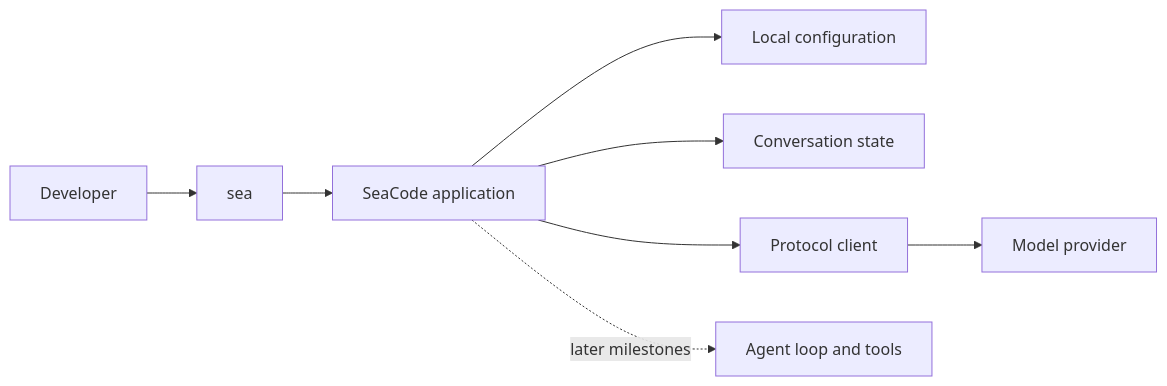
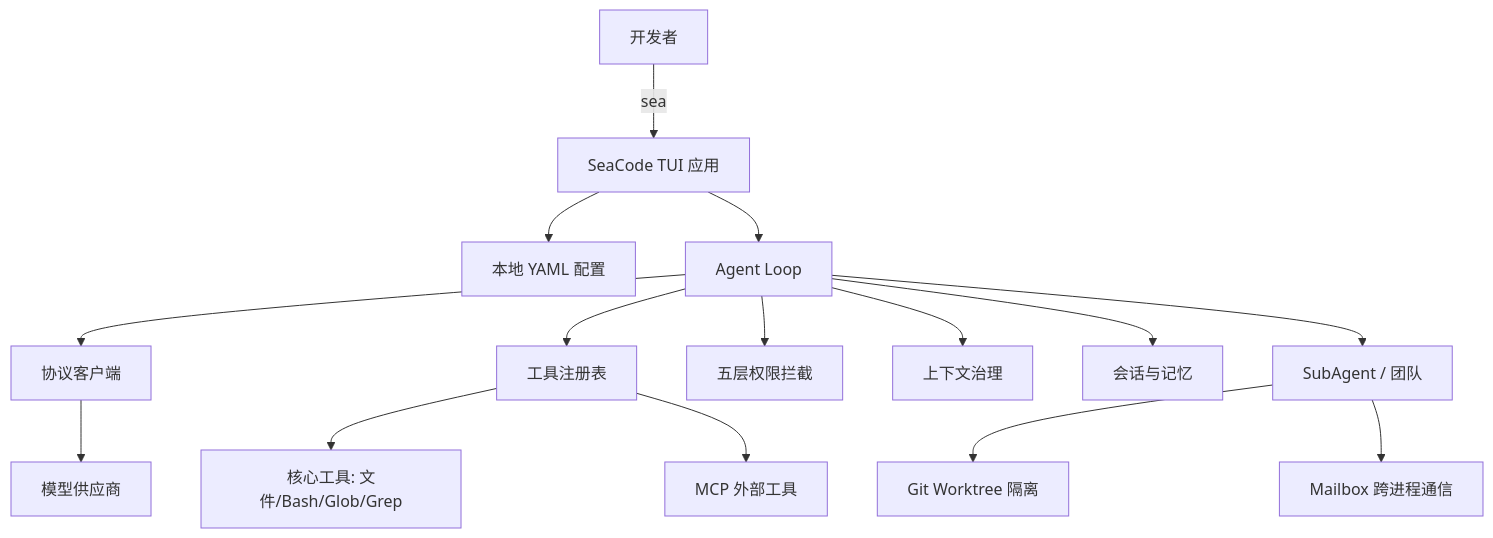
The diagram in README.md (seaFall98/SeaCode), drawn with Mermaid before and after one commit. The commit also changed other lines of this file and 48 other files, not shown here.

````diff
--- a/README.md
+++ b/README.md
@@ -18,10 +98,17 @@
 ```mermaid
-flowchart LR
-    Developer --> Sea[sea]
-    Sea --> App[SeaCode application]
-    App --> Config[Local configuration]
-    App --> Conversation[Conversation state]
-    App --> Client[Protocol client]
-    Client --> Model[Model provider]
-    App -. later milestones .-> Agent[Agent loop and tools]
+flowchart TD
+    User[开发者] -->|sea| App[SeaCode TUI 应用]
+    App --> Config[本地 YAML 配置]
+    App --> Agent[Agent Loop]
+    Agent --> Client[协议客户端]
+    Client --> Provider[模型供应商]
+    Agent --> Tools[工具注册表]
+    Tools --> Core[核心工具: 文件/Bash/Glob/Grep]
+    Tools --> MCP[MCP 外部工具]
+    Agent --> Perm[五层权限拦截]
+    Agent --> Ctx[上下文治理]
+    Agent --> Mem[会话与记忆]
+    Agent --> Sub[SubAgent / 团队]
+    Sub --> Worktree[Git Worktree 隔离]
+    Sub --> Mailbox[Mailbox 跨进程通信]
 ```
````
